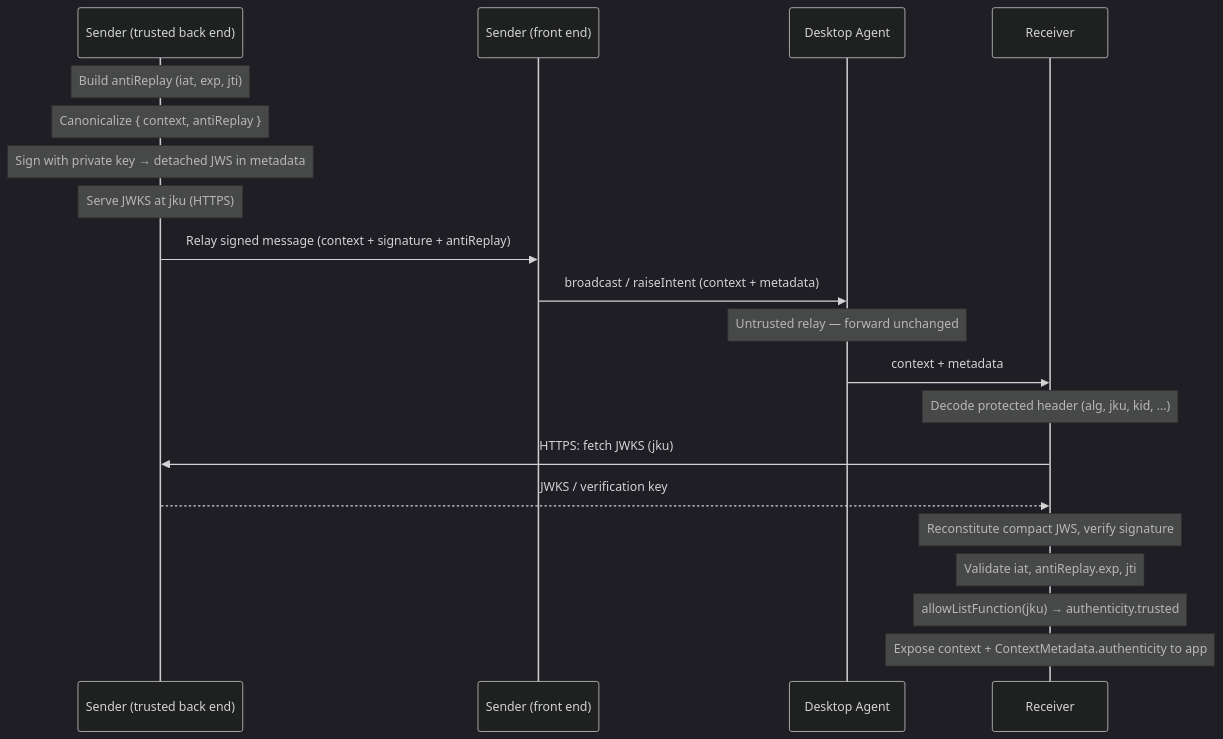
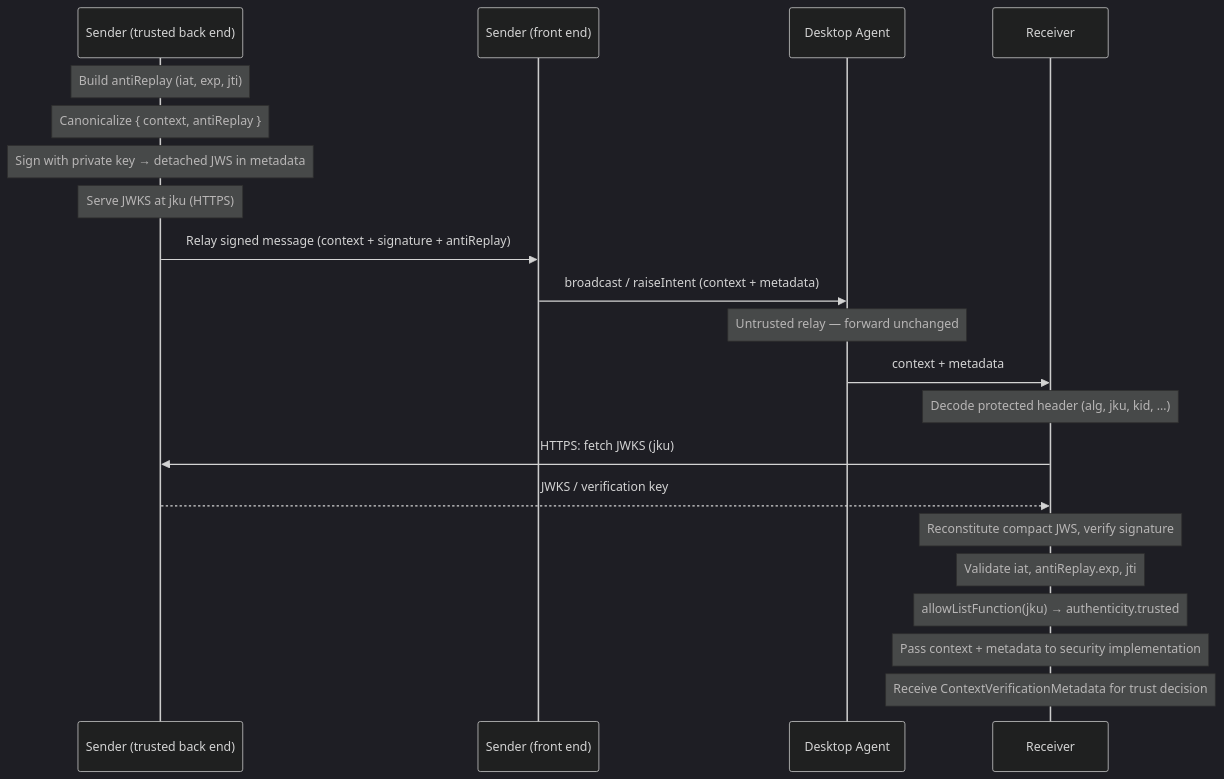
Before and after one commit to finos/FDC3: the third of 5 diagrams in website/docs/api/security.md, drawn with Mermaid (dark theme). The commit also changed other lines of this file and 76 other files, not shown here.

````diff
--- a/website/docs/api/security.md
+++ b/website/docs/api/security.md
@@ -299,27 +361,28 @@
 ```mermaid
 sequenceDiagram
     participant SBE as Sender (trusted back end)
     participant SFE as Sender (front end)
     participant DA as Desktop Agent
     participant R as Receiver
 
     Note over SBE: Build antiReplay (iat, exp, jti)
     Note over SBE: Canonicalize { context, antiReplay }
     Note over SBE: Sign with private key → detached JWS in metadata
     Note over SBE: Serve JWKS at jku (HTTPS)
 
     SBE->>SFE: Relay signed message (context + signature + antiReplay)
     SFE->>DA: broadcast / raiseIntent (context + metadata)
     Note over DA: Untrusted relay — forward unchanged
     DA->>R: context + metadata
 
     Note over R: Decode protected header (alg, jku, kid, …)
     R->>SBE: HTTPS: fetch JWKS (jku)
     SBE-->>R: JWKS / verification key
 
     Note over R: Reconstitute compact JWS, verify signature
     Note over R: Validate iat, antiReplay.exp, jti
     Note over R: allowListFunction(jku) → authenticity.trusted
 
-    Note over R: Expose context + ContextMetadata.authenticity to app
+    Note over R: Pass context + metadata to security implementation
+    Note over R: Receive ContextVerificationMetadata for trust decision
 ```
````
